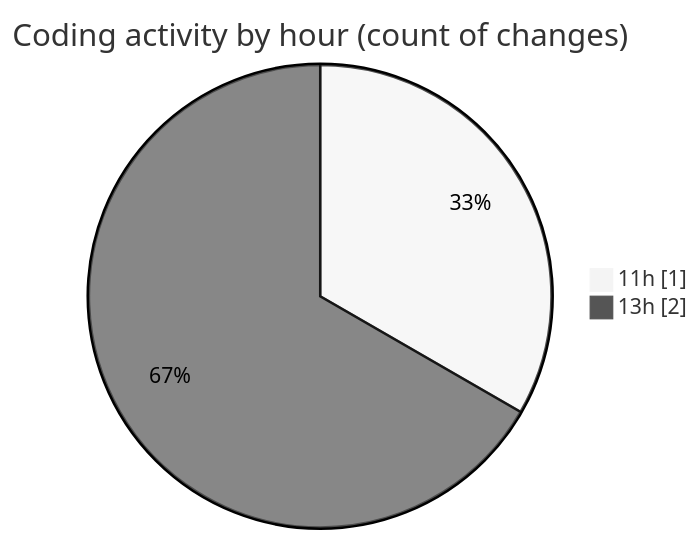
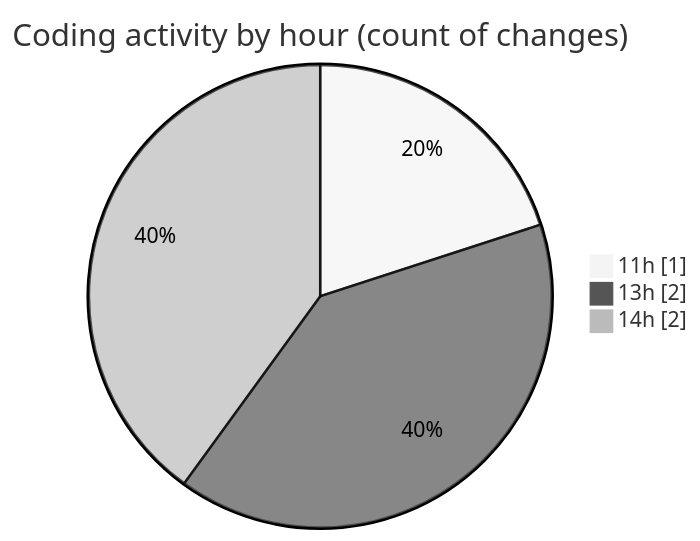
One commit to IJAZ3593/code-tracking changed the second of 2 diagrams in 2025-08-31/abc/README.md. Above: the diagram before and after it, drawn with Mermaid (neutral theme). The commit also changed other lines of this file and 1 other file, not shown here.

````diff
--- a/2025-08-31/abc/README.md
+++ b/2025-08-31/abc/README.md
@@ -30,6 +32,7 @@
 ```mermaid
 pie showData
 title Coding activity by hour (count of changes)
 "11h" : 1
 "13h" : 2
+"14h" : 2
 ```
````
